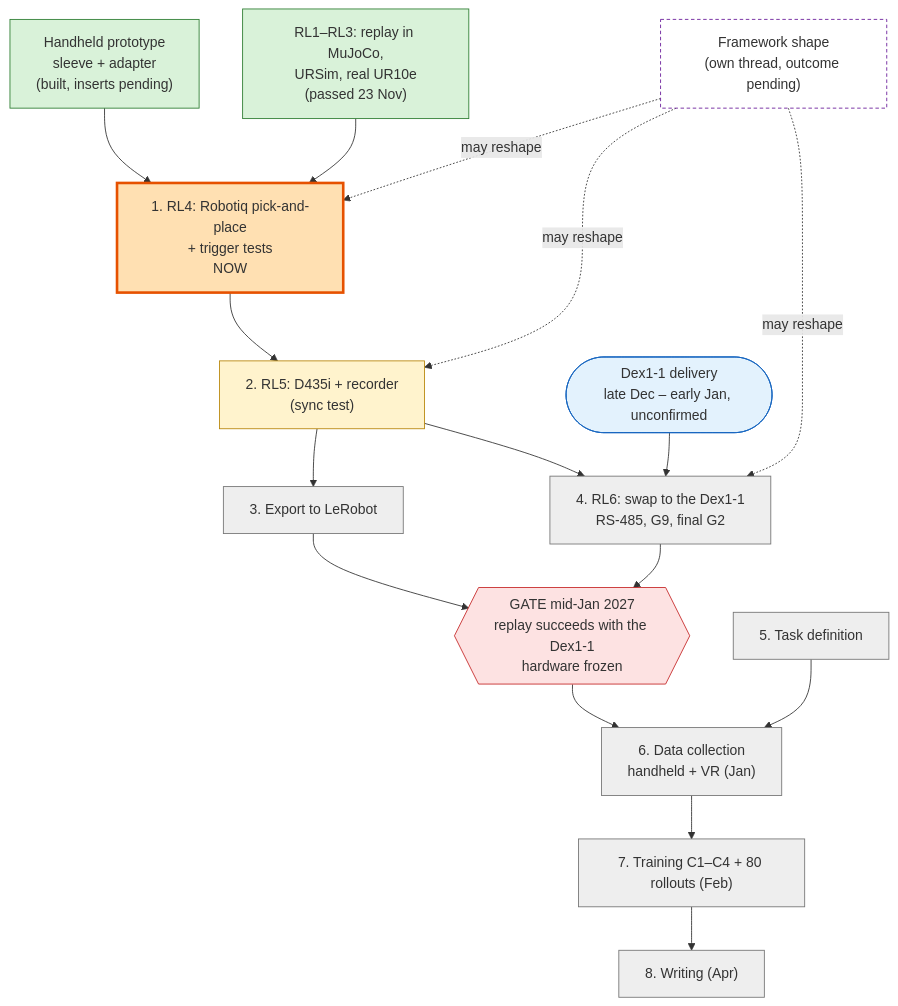
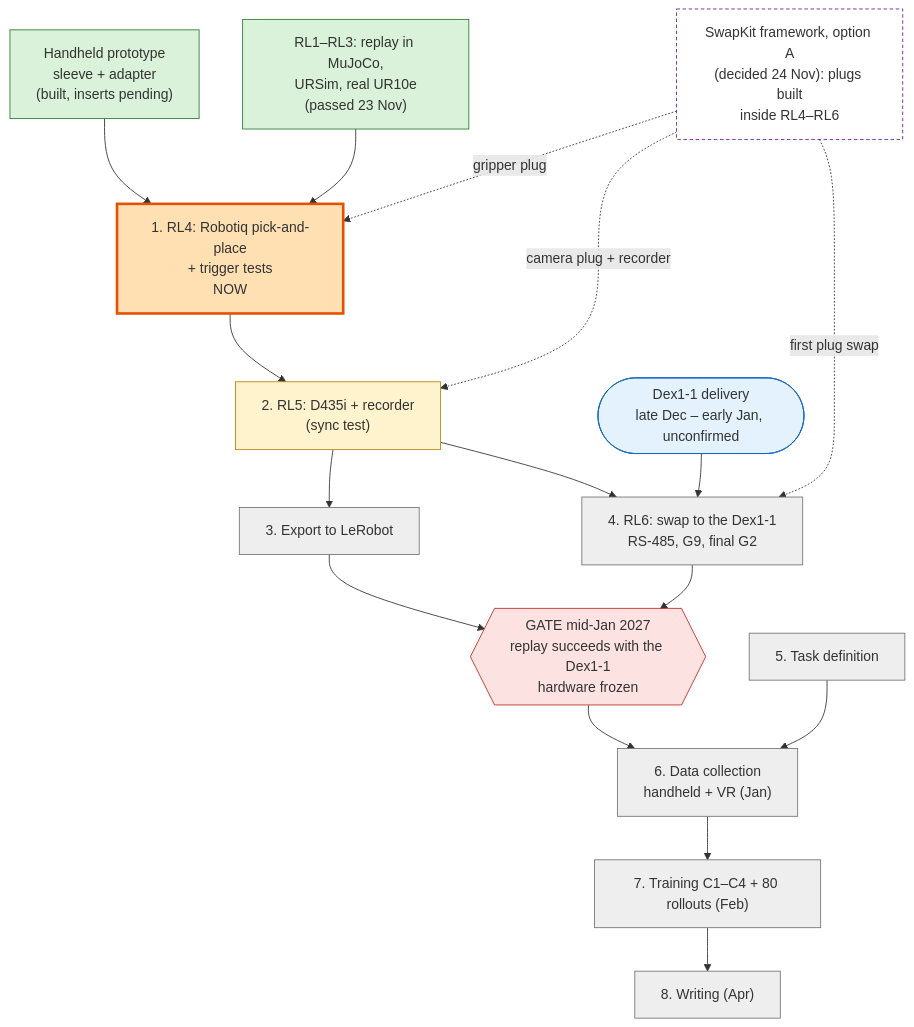
One commit to EfekTyndall/msc-thesis-vault changed the diagram in Agent/Live/2026-11-24 Red Line roadmap.md. Above: the diagram before and after it, drawn with Mermaid. The commit also changed other lines of this file and 3 other files, not shown here.

First line of the commit message:
D07: SwapKit framework, option A (Martyn, 2026-11-24); roadmap, Start here and options note updated

````diff
--- a/Agent/Live/2026-11-24 Red Line roadmap.md
+++ b/Agent/Live/2026-11-24 Red Line roadmap.md
@@ -23,33 +23,33 @@
 ```mermaid
 flowchart TD
   H["Handheld prototype<br/>sleeve + adapter<br/>(built, inserts pending)"]:::done
   R13["RL1–RL3: replay in MuJoCo,<br/>URSim, real UR10e<br/>(passed 23 Nov)"]:::done
   R4["1. RL4: Robotiq pick-and-place<br/>+ trigger tests<br/>NOW"]:::now
   R5["2. RL5: D435i + recorder<br/>(sync test)"]:::next
   EX["3. Export to LeRobot"]:::later
   DX(["Dex1-1 delivery<br/>late Dec – early Jan, unconfirmed"]):::ext
   R6["4. RL6: swap to the Dex1-1<br/>RS-485, G9, final G2"]:::later
   G{{"GATE mid-Jan 2027<br/>replay succeeds with the Dex1-1<br/>hardware frozen"}}:::gate
   T["5. Task definition"]:::later
   DC["6. Data collection<br/>handheld + VR (Jan)"]:::later
   TR["7. Training C1–C4 + 80 rollouts (Feb)"]:::later
   W["8. Writing (Apr)"]:::later
-  FW["Framework shape<br/>(own thread, outcome pending)"]:::pending
+  FW["SwapKit framework, option A<br/>(decided 24 Nov): plugs built<br/>inside RL4–RL6"]:::pending
   H --> R4
   R13 --> R4 --> R5 --> EX
   R5 --> R6
   DX --> R6 --> G
   EX --> G
   G --> DC
   T --> DC --> TR --> W
-  FW -. may reshape .-> R4
-  FW -. may reshape .-> R5
-  FW -. may reshape .-> R6
+  FW -. gripper plug .-> R4
+  FW -. camera plug + recorder .-> R5
+  FW -. first plug swap .-> R6
   classDef done fill:#d9f2d9,stroke:#2e7d32
   classDef now fill:#ffe0b2,stroke:#e65100,stroke-width:3px
   classDef next fill:#fff3cd,stroke:#b8860b
   classDef later fill:#eeeeee,stroke:#757575
   classDef ext fill:#e3f2fd,stroke:#1565c0
   classDef gate fill:#fde2e2,stroke:#c62828
   classDef pending fill:#ffffff,stroke:#6a1b9a,stroke-dasharray: 4 3
 ```
````
